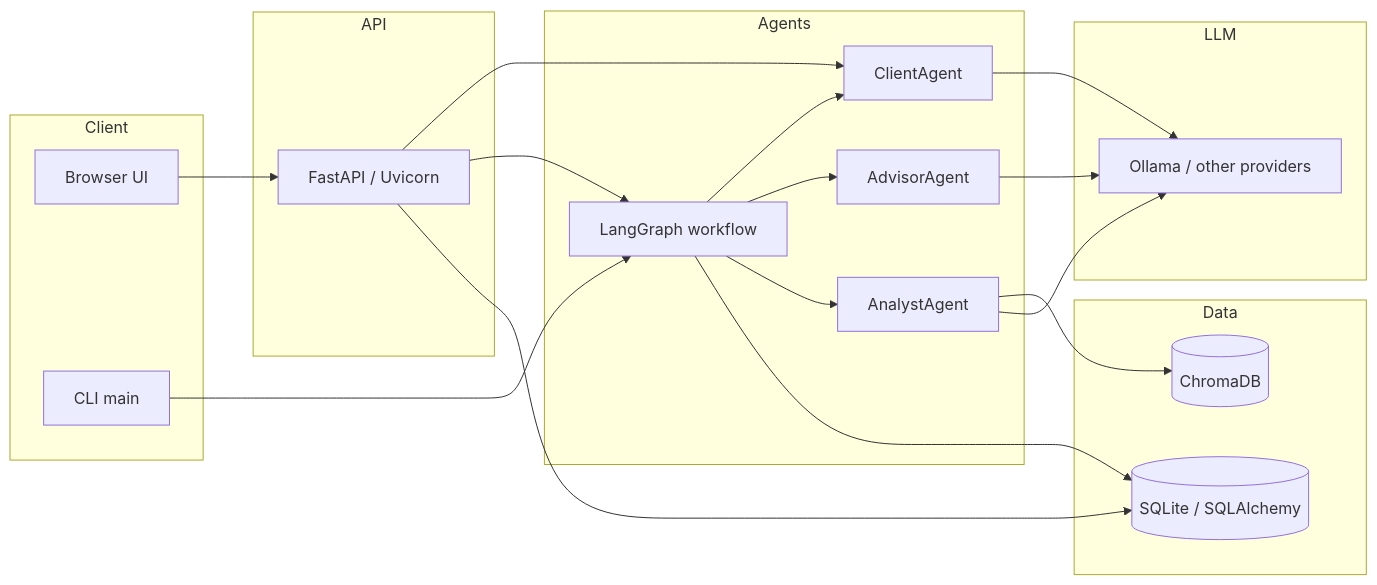
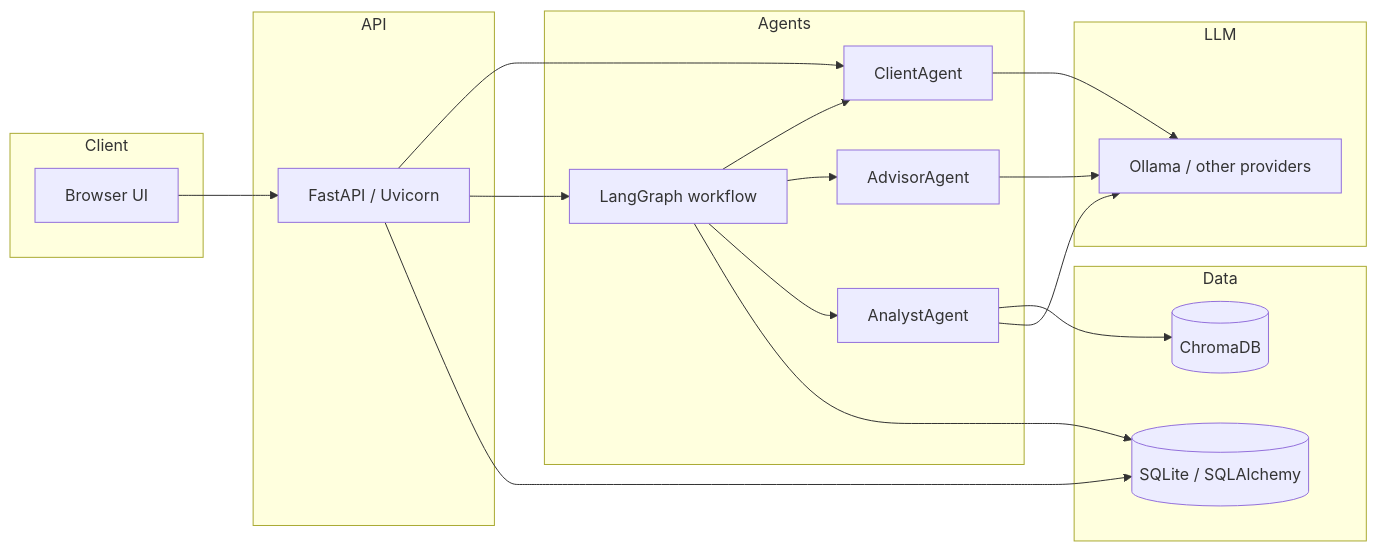
Before and after one commit to nandanm93/finflow-multi-agent: the first of 2 diagrams in README.md, drawn with Mermaid.

Commit message:
update readme file

````diff
--- a/README.md
+++ b/README.md
@@ -55,36 +55,34 @@
 ```mermaid
 flowchart LR
   subgraph Client
     UI[Browser UI]
-    CLI[CLI main]
   end
   subgraph API
     FastAPI[FastAPI / Uvicorn]
   end
   subgraph Agents
     CA[ClientAgent]
     AA[AdvisorAgent]
     AN[AnalystAgent]
     LG[LangGraph workflow]
   end
   subgraph Data
     CH[(ChromaDB)]
     DB[(SQLite / SQLAlchemy)]
   end
   subgraph LLM
     OL[Ollama / other providers]
   end
   UI --> FastAPI
-  CLI --> LG
   FastAPI --> CA
   FastAPI --> LG
   LG --> CA
   LG --> AA
   LG --> AN
   AN --> CH
   AN --> OL
   AA --> OL
   CA --> OL
   FastAPI --> DB
   LG --> DB
 ```
````
